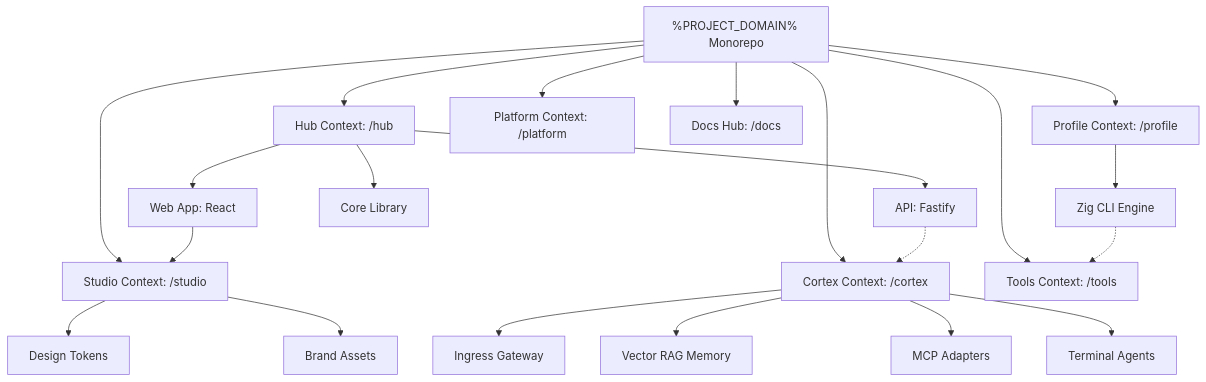
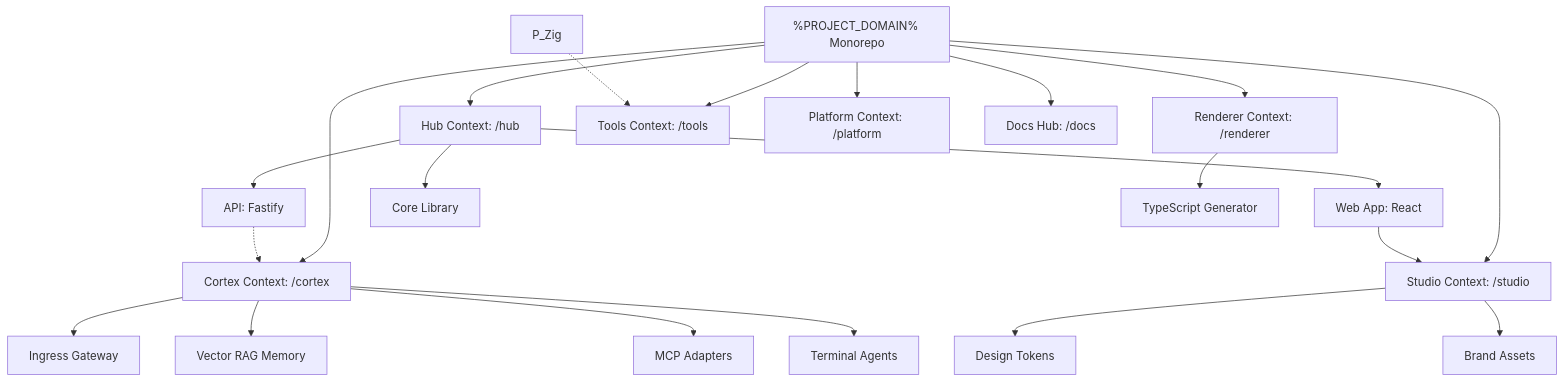
One commit to tupynambalucas/tupynambalucas changed the diagram in docs/handbook/explanation/bounded-contexts.mdx. Above: the diagram before and after it, drawn with Mermaid. The commit also changed other lines of this file and 250 other files, not shown here.

````diff
--- a/docs/handbook/explanation/bounded-contexts.mdx
+++ b/docs/handbook/explanation/bounded-contexts.mdx
@@ -16,30 +16,30 @@
 ```mermaid
 graph TD
     direction TB
     Root["%PROJECT_DOMAIN% Monorepo"]
     Root --> Hub["Hub Context: /hub"]
     Root --> Cortex["Cortex Context: /cortex"]
-    Root --> Profile["Profile Context: /profile"]
+    Root --> Renderer["Renderer Context: /renderer"]
     Root --> Studio["Studio Context: /studio"]
     Root --> Tools["Tools Context: /tools"]
     Root --> Platform["Platform Context: /platform"]
     Root --> Knowledge["Docs Hub: /docs"]
 
     Hub --> H_Web["Web App: React"]
     Hub --> H_API["API: Fastify"]
     Hub --> H_Core["Core Library"]
 
     Cortex --> Gateway["Ingress Gateway"]
     Cortex --> Memory["Vector RAG Memory"]
     Cortex --> MCP["MCP Adapters"]
     Cortex --> Agents["Terminal Agents"]
 
-    Profile --> P_Zig["Zig CLI Engine"]
+    Renderer --> R_Gen["TypeScript Generator"]
 
     Studio --> Tokens["Design Tokens"]
     Studio --> Assets["Brand Assets"]
 
     H_Web --> Studio
     P_Zig -.-> Tools
     H_API -.-> Cortex
 ```
````
